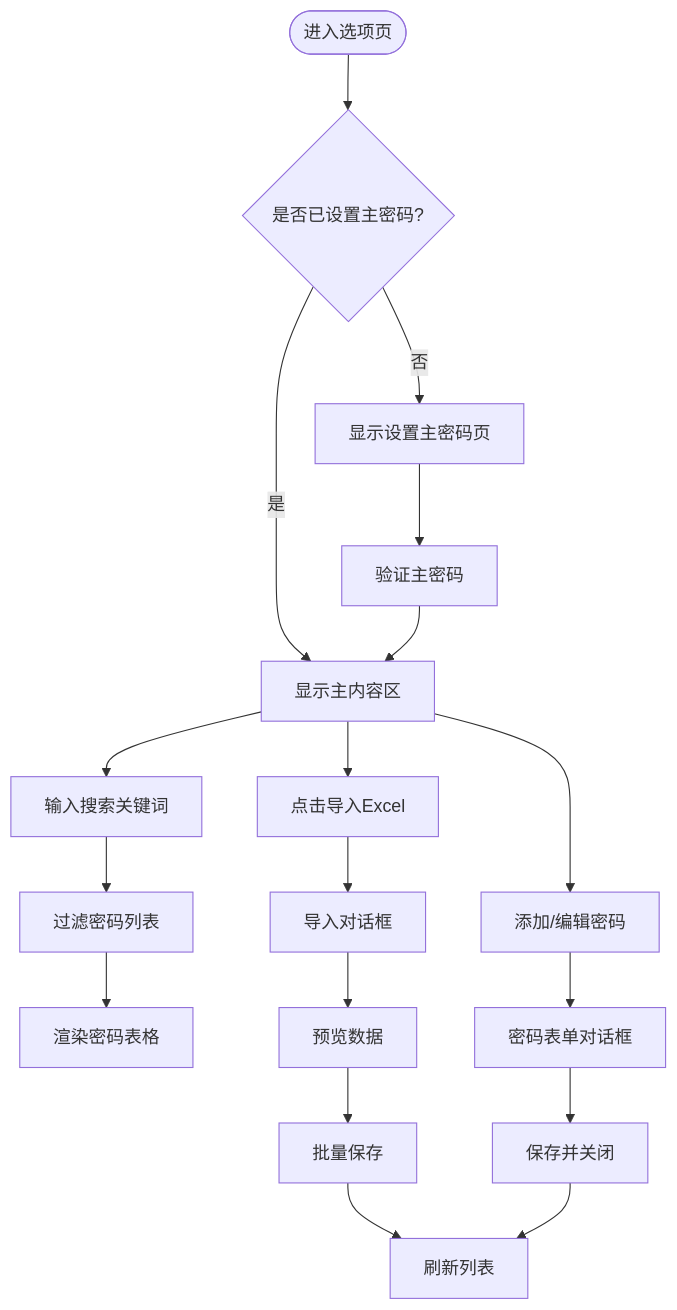
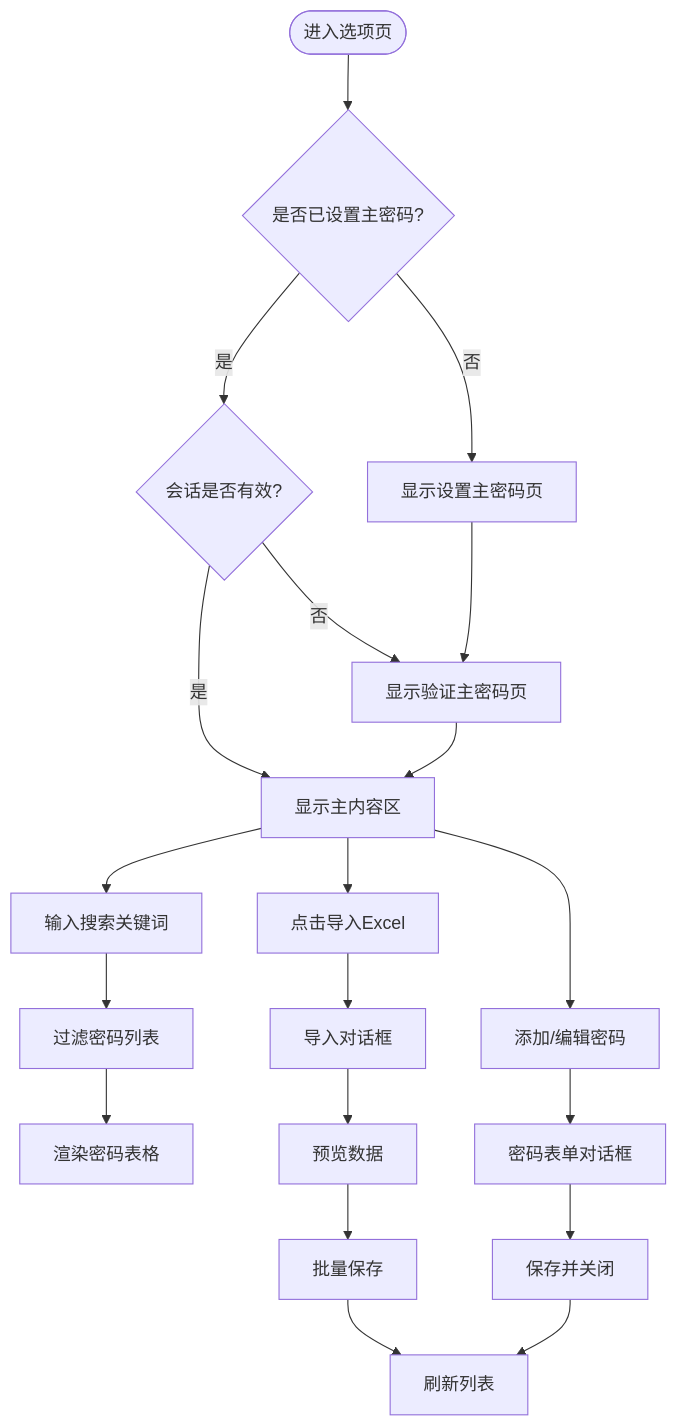
The third of 6 diagrams in .qoder/repowiki/zh/content/用户界面组件/用户界面组件.md (liaolongdong/account-password-helper), drawn with Mermaid before and after one commit. The commit also changed other lines of this file and 23 other files, not shown here.

````diff
--- a/.qoder/repowiki/zh/content/用户界面组件/用户界面组件.md
+++ b/.qoder/repowiki/zh/content/用户界面组件/用户界面组件.md
@@ -189,20 +215,22 @@
 ```mermaid
 flowchart TD
 Start(["进入选项页"]) --> CheckAuth{"是否已设置主密码?"}
 CheckAuth --> |否| Setup["显示设置主密码页"]
-CheckAuth --> |是| Main["显示主内容区"]
+CheckAuth --> |是| CheckSession{"会话是否有效?"}
+CheckSession --> |否| Verify["显示验证主密码页"]
+CheckSession --> |是| Main["显示主内容区"]
+Verify --> Main
 Main --> Search["输入搜索关键词"]
 Search --> Filter["过滤密码列表"]
 Filter --> List["渲染密码表格"]
 Main --> Import["点击导入Excel"]
 Import --> ImportDlg["导入对话框"]
 ImportDlg --> Preview["预览数据"]
 Preview --> Save["批量保存"]
 Save --> Refresh["刷新列表"]
 Main --> AddEdit["添加/编辑密码"]
 AddEdit --> FormDlg["密码表单对话框"]
 FormDlg --> SaveForm["保存并关闭"]
 SaveForm --> Refresh
-Setup --> Verify["验证主密码"]
-Verify --> Main
+Setup --> Verify
 ```
````
